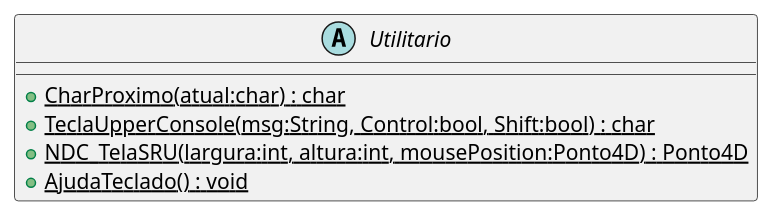
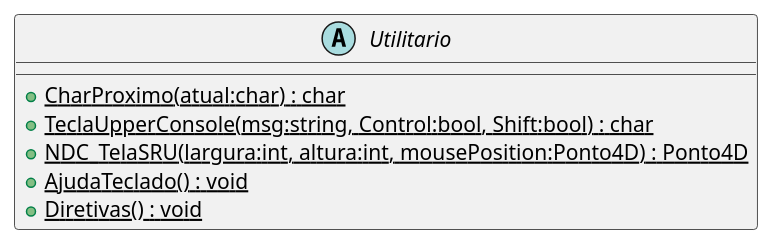
The diagram in CG_Biblioteca/plantuml/Utilitario.puml (gcgfurb/disciplinaCg_2024-1_mat_equipe-01), drawn with PlantUML before and after one commit. The commit also changed 68 other files, not shown here.

```diff
--- a/CG_Biblioteca/plantuml/Utilitario.puml
+++ b/CG_Biblioteca/plantuml/Utilitario.puml
@@ -1,8 +1,9 @@
 @startuml
 abstract class Utilitario {
     + {static} CharProximo(atual:char) : char
-    + {static} TeclaUpperConsole(msg:String, Control:bool, Shift:bool) : char
+    + {static} TeclaUpperConsole(msg:string, Control:bool, Shift:bool) : char
     + {static} NDC_TelaSRU(largura:int, altura:int, mousePosition:Ponto4D) : Ponto4D
     + {static} AjudaTeclado() : void
+    + {static} Diretivas() : void
 }
 @enduml
```
